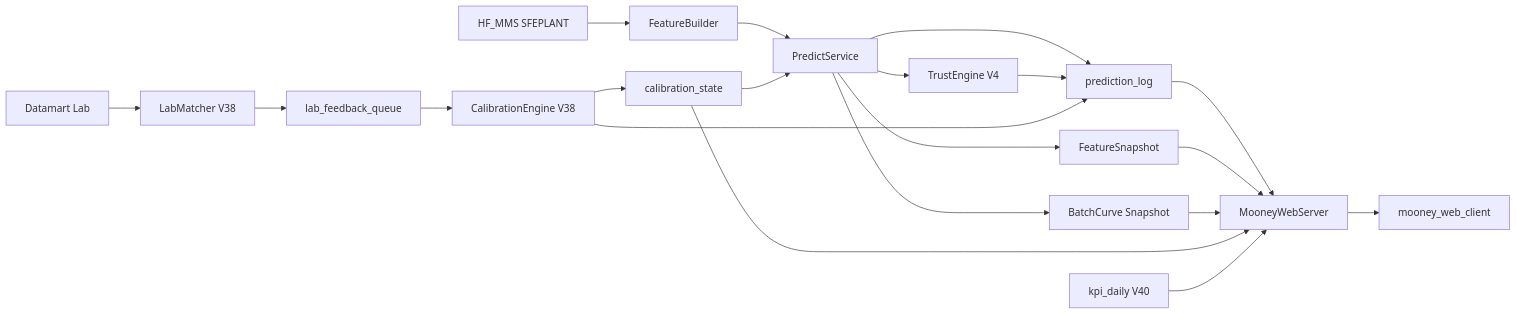
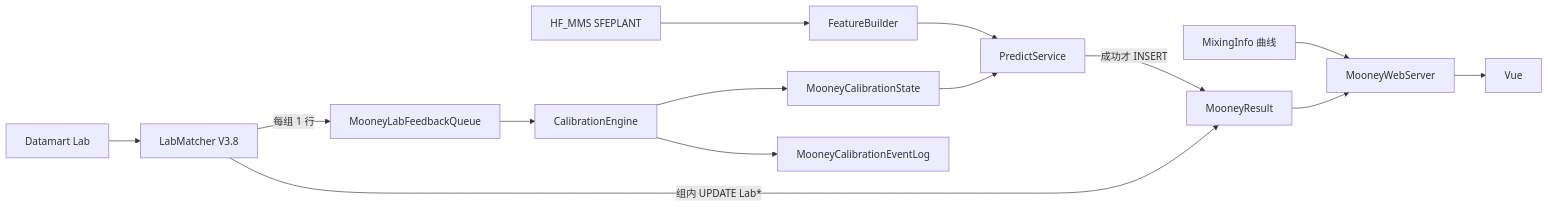
One commit to mayuxiang666-eng/Compound_property_prediction changed the diagram in docs/门尼系统实施任务书.md. Above: the diagram before and after it, drawn with Mermaid. The commit also changed other lines of this file and 6 other files, not shown here.

First line of the commit message:
docs: lock MixingCurveData Mooney schema and operable task handbooks

````diff
--- a/docs/门尼系统实施任务书.md
+++ b/docs/门尼系统实施任务书.md
@@ -122,22 +114,16 @@
 ```mermaid
 flowchart LR
   MMS["HF_MMS SFEPLANT"] --> FB["FeatureBuilder"]
   FB --> PS["PredictService"]
-  CS["calibration_state"] --> PS
-  PS --> PL["prediction_log"]
-  PS --> FS["FeatureSnapshot"]
-  PS --> BC["BatchCurve Snapshot"]
-  PS --> TE["TrustEngine V4"]
-  TE --> PL
-  LIMS["Datamart Lab"] --> LM["LabMatcher V38"]
-  LM --> Q["lab_feedback_queue"]
-  Q --> CE["CalibrationEngine V38"]
-  CE --> CS
-  CE --> PL
-  PL --> API["MooneyWebServer"]
-  FS --> API
-  BC --> API
-  CS --> API
-  KPI["kpi_daily V40"] --> API
-  API --> Vue["mooney_web_client"]
+  ST["MooneyCalibrationState"] --> PS
+  PS -->|"成功才 INSERT"| R["MooneyResult"]
+  MIX["MixingInfo 曲线"] --> API["MooneyWebServer"]
+  R --> API
+  LIMS["Datamart Lab"] --> LM["LabMatcher V3.8"]
+  LM -->|"组内 UPDATE Lab*"| R
+  LM -->|"每组 1 行"| Q["MooneyLabFeedbackQueue"]
+  Q --> CE["CalibrationEngine"]
+  CE --> ST
+  CE --> EV["MooneyCalibrationEventLog"]
+  API --> Vue["Vue"]
 ```
````
